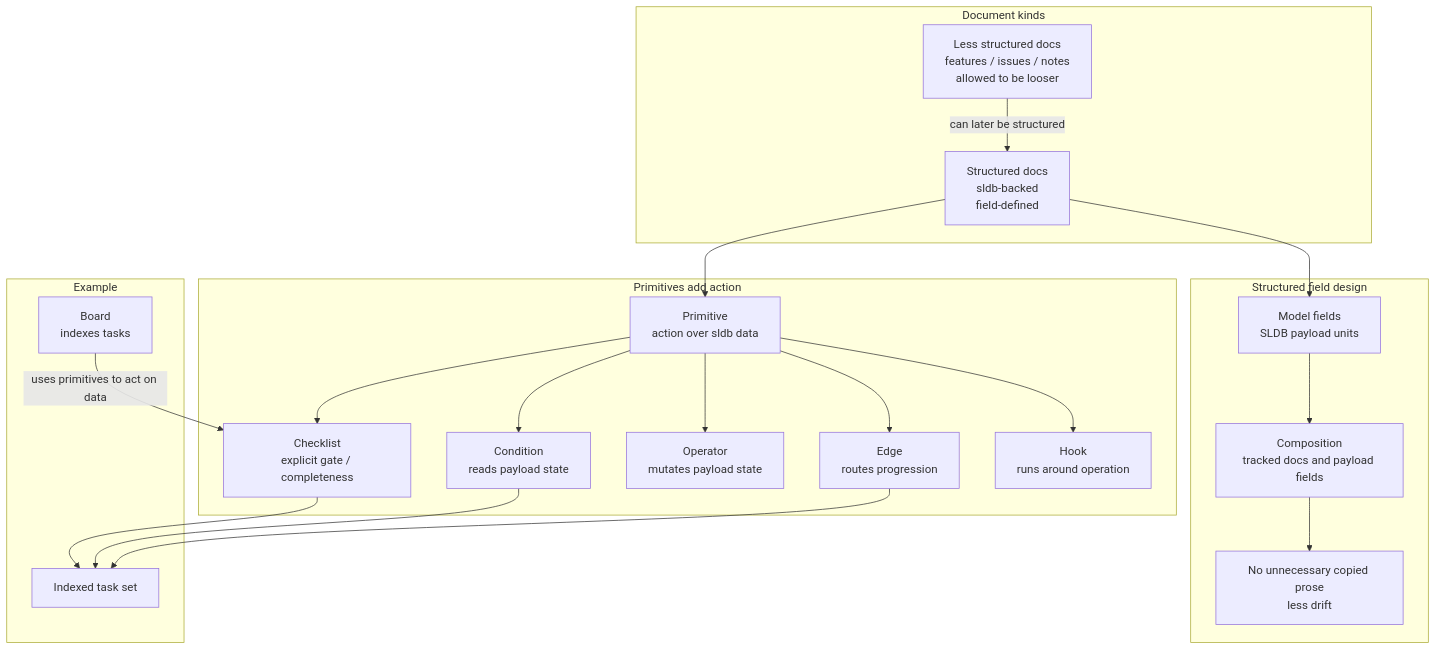
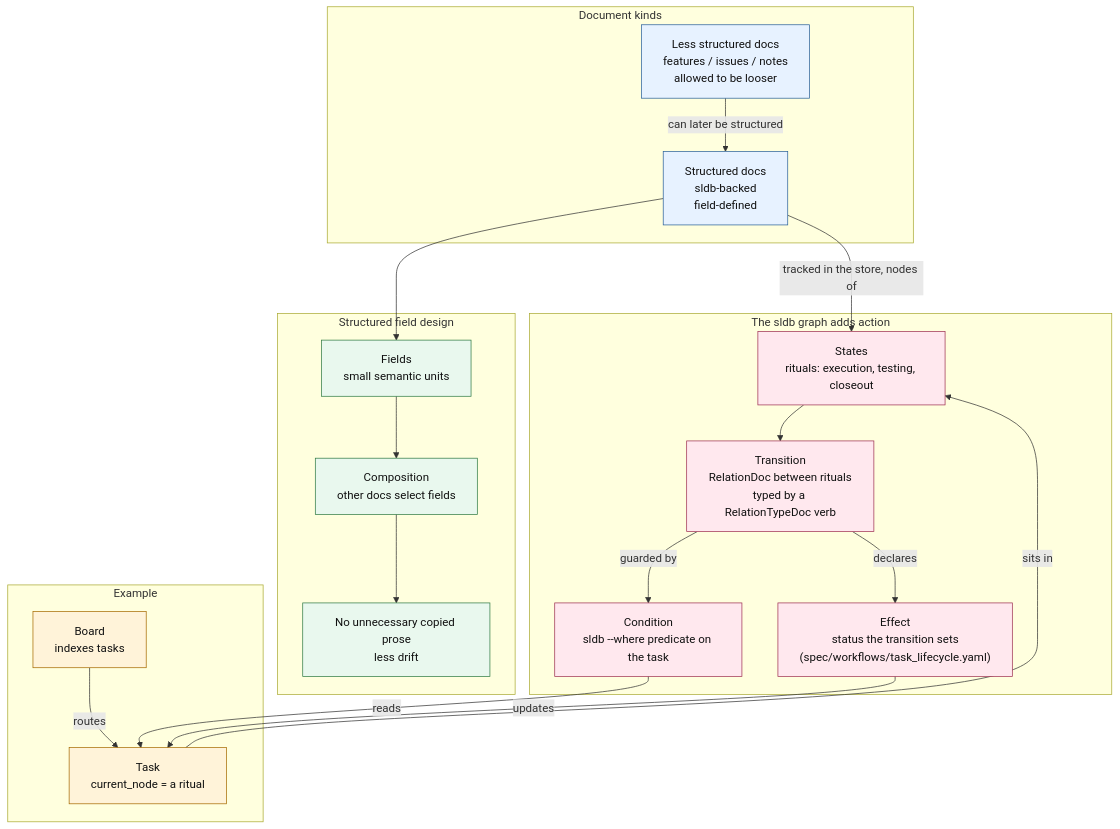
The diagram in docs/diagrams/documents/document-structure-and-primitives.md (jpcosec/opsys), drawn with Mermaid before and after one commit. The commit also changed other lines of this file and 493 other files, not shown here.

First line of the commit message:
feat(lifecycle): el ciclo de vida de las tasks vive en el grafo de sldb

````diff
--- a/docs/diagrams/documents/document-structure-and-primitives.md
+++ b/docs/diagrams/documents/document-structure-and-primitives.md
@@ -13,44 +13,49 @@
 ```mermaid
 flowchart TB
     subgraph Documents["Document kinds"]
         structured["Structured docs\nsldb-backed\nfield-defined"]
         loose["Less structured docs\nfeatures / issues / notes\nallowed to be looser"]
     end
 
     subgraph Fields["Structured field design"]
-        fields["Model fields\nSLDB payload units"]
-        compose["Composition\ntracked docs and payload fields"]
+        fields["Fields\nsmall semantic units"]
+        compose["Composition\nother docs select fields"]
         nodrift["No unnecessary copied prose\nless drift"]
     end
 
-    subgraph Actions["Primitives add action"]
-        primitive["Primitive\naction over sldb data"]
-        checklist["Checklist\nexplicit gate / completeness"]
-        condition["Condition\nreads payload state"]
-        operator["Operator\nmutates payload state"]
-        edge["Edge\nroutes progression"]
-        hook["Hook\nruns around operation"]
+    subgraph Graph["The sldb graph adds action"]
+        states["States\nrituals: execution, testing, closeout"]
+        transition["Transition\nRelationDoc between rituals\ntyped by a RelationTypeDoc verb"]
+        condition["Condition\nsldb --where predicate on the task"]
+        effect["Effect\nstatus the transition sets\n(spec/workflows/task_lifecycle.yaml)"]
     end
 
     subgraph Example["Example"]
         board["Board\nindexes tasks"]
-        indexed["Indexed task set"]
+        task["Task\ncurrent_node = a ritual"]
     end
 
     structured --> fields
     fields --> compose
     compose --> nodrift
     loose -->|can later be structured| structured
 
-    structured --> primitive
-    primitive --> checklist
-    primitive --> condition
-    primitive --> operator
-    primitive --> edge
-    primitive --> hook
+    structured -->|tracked in the store, nodes of| states
+    states --> transition
+    transition -->|guarded by| condition
+    transition -->|declares| effect
 
-    board -->|uses primitives to act on data| checklist
-    checklist --> indexed
-    condition --> indexed
-    edge --> indexed
+    board -->|routes| task
+    task -->|sits in| states
+    condition -->|reads| task
+    effect -->|updates| task
+
+    classDef docs fill:#e7f2ff,stroke:#2a6099,color:#111;
+    classDef fields fill:#e9f8ee,stroke:#2f7a44,color:#111;
+    classDef action fill:#ffe8ee,stroke:#9e3152,color:#111;
+    classDef example fill:#fff3d9,stroke:#a66a00,color:#111;
+    class structured,loose docs;
+    class fields,compose,nodrift fields;
+    class states,transition,condition,effect action;
+    class board,task example;
 ```
````
